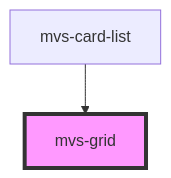
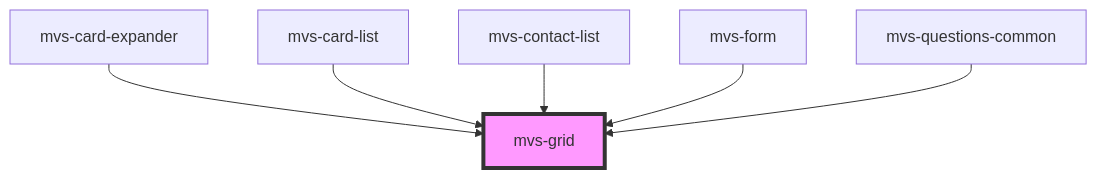
One commit to rafaela-vairo/mvs-design-system changed the diagram in src/components/layout/mvs-grid/readme.md. Above: the diagram before and after it, drawn with Mermaid. The commit also changed other lines of this file and 11 other files, not shown here.

````diff
--- a/src/components/layout/mvs-grid/readme.md
+++ b/src/components/layout/mvs-grid/readme.md
@@ -15,5 +26,9 @@
 ```mermaid
 graph TD;
+  mvs-card-expander --> mvs-grid
   mvs-card-list --> mvs-grid
+  mvs-contact-list --> mvs-grid
+  mvs-form --> mvs-grid
+  mvs-questions-common --> mvs-grid
   style mvs-grid fill:#f9f,stroke:#333,stroke-width:4px
 ```
````
